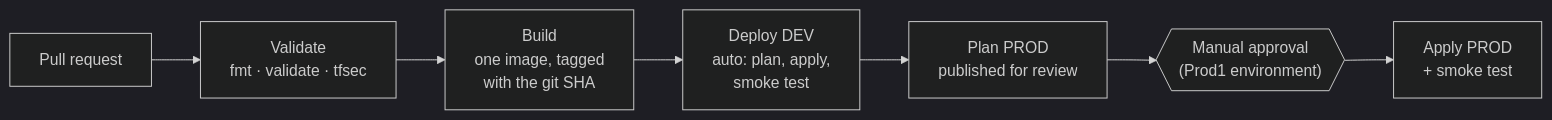
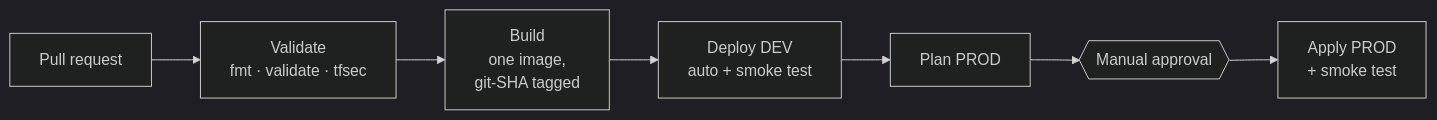
One commit to MollyMadel3ine/azure-container-iac changed the second of 2 diagrams in README.md. Above: the diagram before and after it, drawn with Mermaid (dark theme). The commit also changed other lines of this file and 6 other files, not shown here.

````diff
--- a/README.md
+++ b/README.md
@@ -38,9 +49,9 @@
 ```mermaid
 flowchart LR
     pr[Pull request] --> v["Validate<br/>fmt · validate · tfsec"]
-    v --> b["Build<br/>one image, tagged<br/>with the git SHA"]
-    b --> d["Deploy DEV<br/>auto: plan, apply,<br/>smoke test"]
-    d --> pp["Plan PROD<br/>published for review"]
-    pp --> gate{{"Manual approval<br/>(Prod1 environment)"}}
+    v --> b["Build<br/>one image,<br/>git-SHA tagged"]
+    b --> d["Deploy DEV<br/>auto + smoke test"]
+    d --> pp["Plan PROD"]
+    pp --> gate{{"Manual approval"}}
     gate --> ap["Apply PROD<br/>+ smoke test"]
 ```
````
